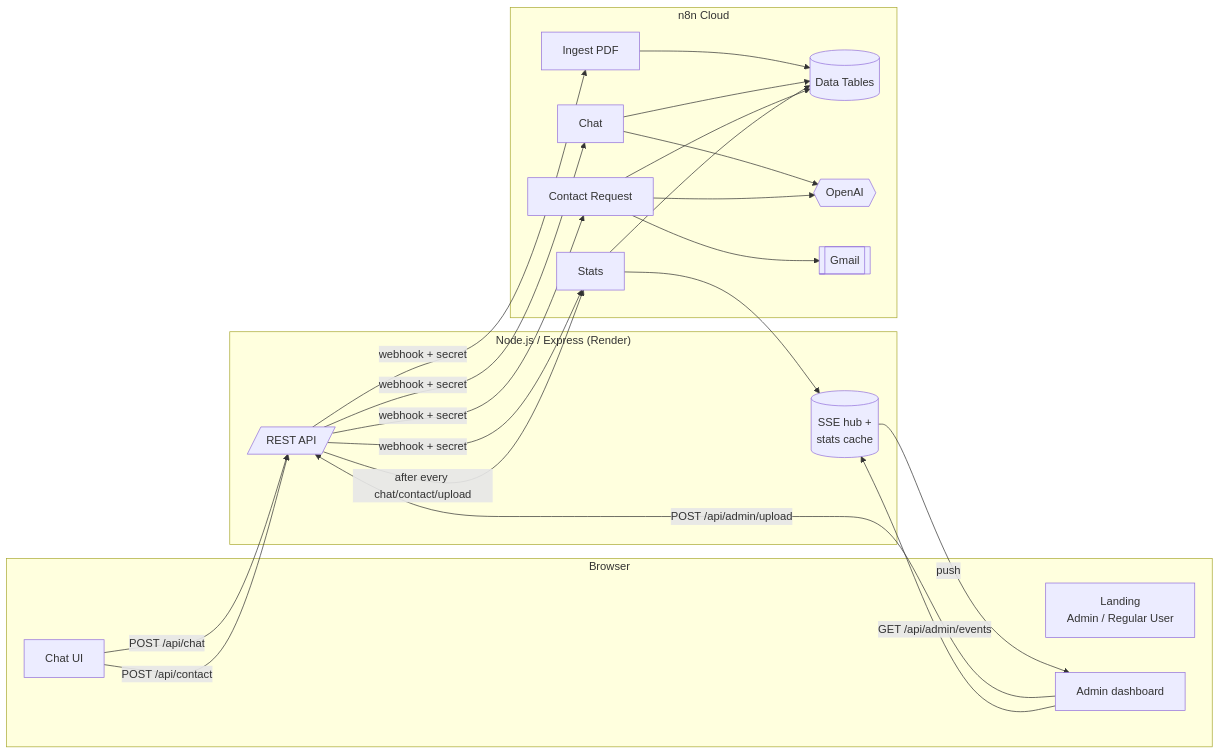
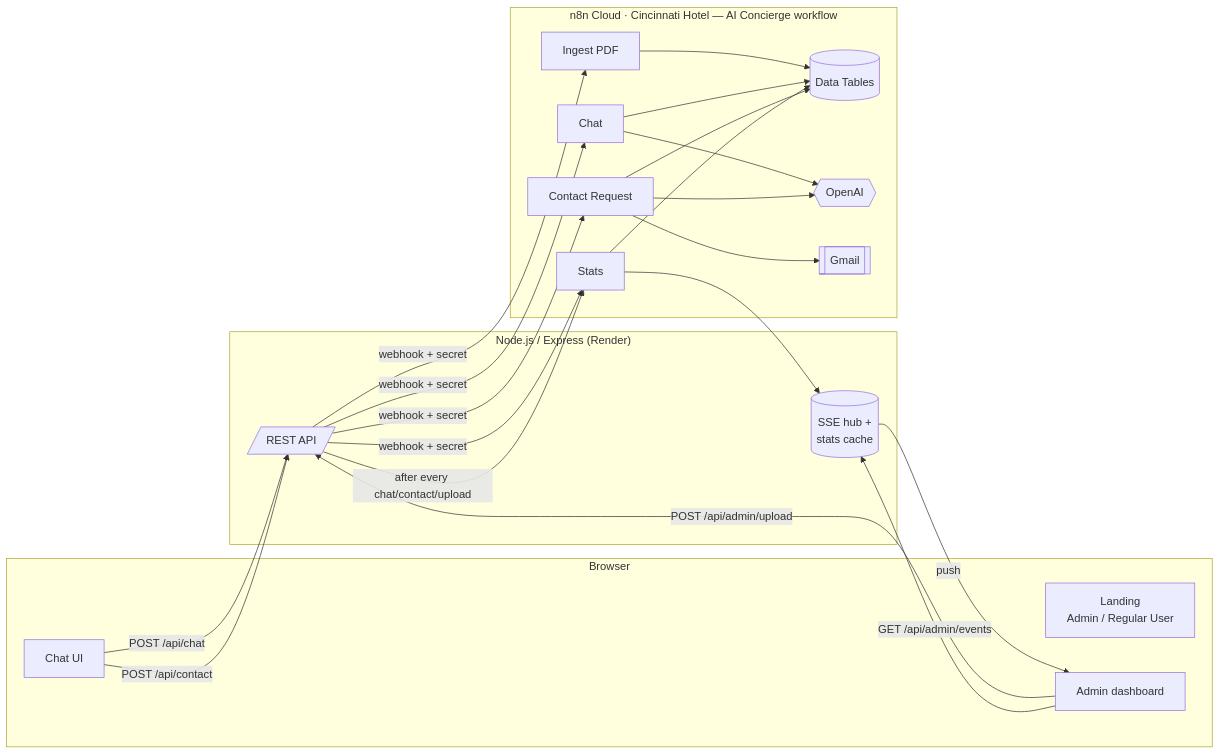
One commit to JjayFabor/cincinnati-hotel-ai-concierge changed the diagram in README.md. Above: the diagram before and after it, drawn with Mermaid. The commit also changed other lines of this file, not shown here.

Commit message:
Merge n8n pipelines into a single workflow

````diff
--- a/README.md
+++ b/README.md
@@ -19,38 +19,38 @@
 ```mermaid
 flowchart LR
   subgraph Browser
     L[Landing<br/>Admin / Regular User]
     C[Chat UI]
     A[Admin dashboard]
   end
 
   subgraph Render["Node.js / Express (Render)"]
     API[/REST API/]
     SSE[(SSE hub +<br/>stats cache)]
   end
 
-  subgraph n8n["n8n Cloud"]
+  subgraph n8n["n8n Cloud · Cincinnati Hotel — AI Concierge workflow"]
     W1[Ingest PDF]
     W2[Chat]
     W3[Contact Request]
     W4[Stats]
     DT[(Data Tables)]
     LLM{{OpenAI}}
     GM[[Gmail]]
   end
 
   C -- POST /api/chat --> API
   C -- POST /api/contact --> API
   A -- POST /api/admin/upload --> API
   A -- GET /api/admin/events --> SSE
 
   API -- webhook + secret --> W1 & W2 & W3 & W4
   W1 --> DT
   W2 --> DT
   W2 --> LLM
   W3 --> LLM
   W3 --> GM
   W3 --> DT
   W4 --> DT
   API -- after every chat/contact/upload --> W4 --> SSE -- push --> A
 ```
````
